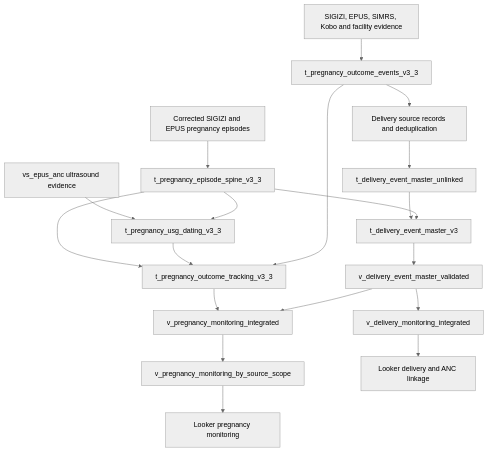
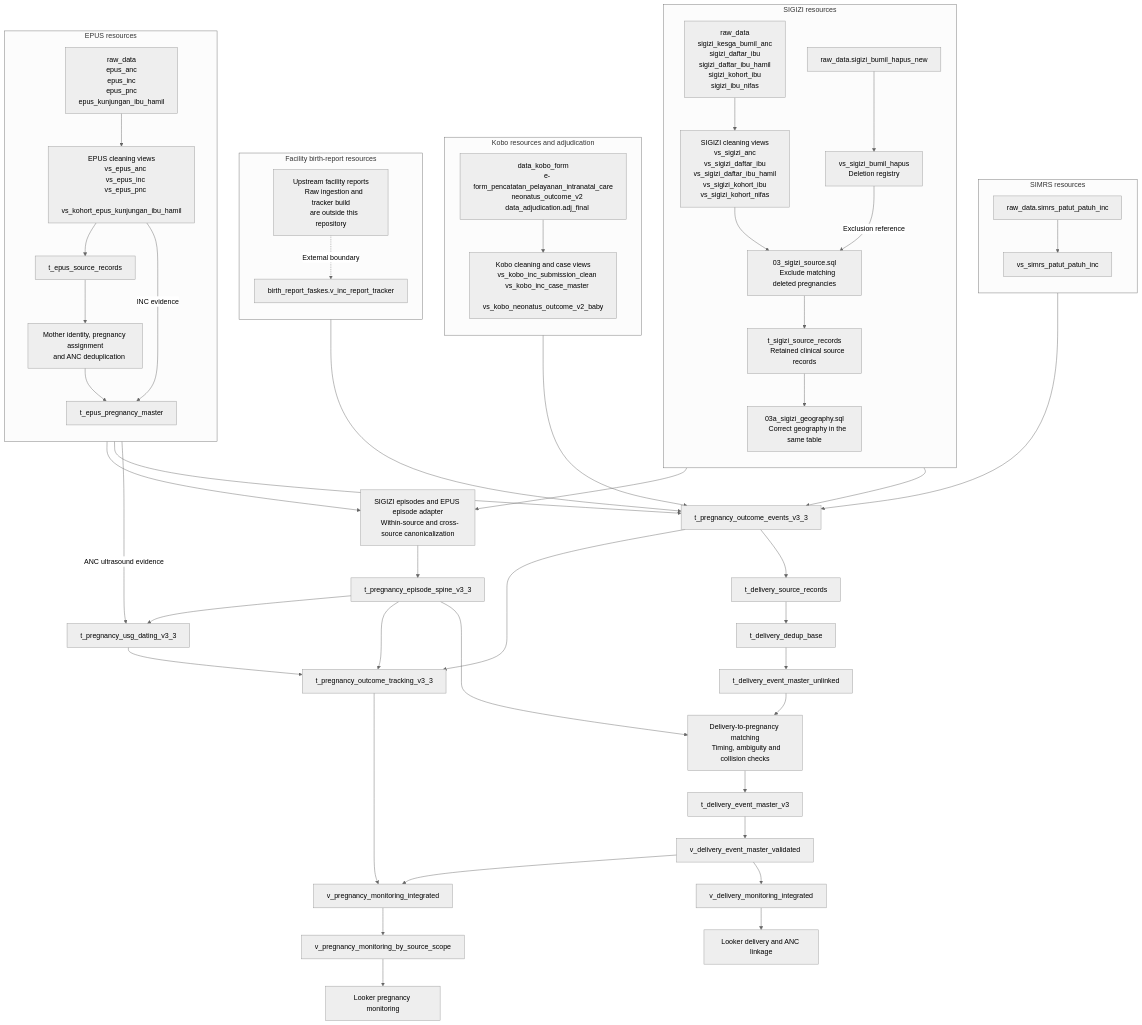
Before and after one commit to oucru-id/birth-outcome: the diagram in docs/workflow.md, drawn with Mermaid (neutral theme). The commit also changed other lines of this file and 33 other files, not shown here.

First line of the commit message:
Restore SIGIZI deletion exclusion and update workflow documentation

````diff
--- a/docs/workflow.md
+++ b/docs/workflow.md
@@ -39,21 +11,102 @@
 ```mermaid
 flowchart TD
-  A["Corrected SIGIZI and EPUS pregnancy episodes"] --> B["t_pregnancy_episode_spine_v3_3"]
-  U["vs_epus_anc ultrasound evidence"] --> C["t_pregnancy_usg_dating_v3_3"]
-  B --> C
-  S["SIGIZI, EPUS, SIMRS, Kobo and facility evidence"] --> D["t_pregnancy_outcome_events_v3_3"]
-  B --> E["t_pregnancy_outcome_tracking_v3_3"]
-  C --> E
-  D --> E
-  D --> F["Delivery source records and deduplication"]
-  F --> G["t_delivery_event_master_unlinked"]
-  G --> H["t_delivery_event_master_v3"]
-  B --> H
-  H --> I["v_delivery_event_master_validated"]
-  E --> J["v_pregnancy_monitoring_integrated"]
-  I --> J
-  I --> K["v_delivery_monitoring_integrated"]
-  J --> L["v_pregnancy_monitoring_by_source_scope"]
-  L --> M["Looker pregnancy monitoring"]
-  K --> N["Looker delivery and ANC linkage"]
+  subgraph SIGIZI["SIGIZI resources"]
+    direction TB
+    SR["raw_data
+    sigizi_kesga_bumil_anc
+    sigizi_daftar_ibu
+    sigizi_daftar_ibu_hamil
+    sigizi_kohort_ibu
+    sigizi_ibu_nifas"]
+    SV["SIGIZI cleaning views
+    vs_sigizi_anc
+    vs_sigizi_daftar_ibu
+    vs_sigizi_daftar_ibu_hamil
+    vs_sigizi_kohort_ibu
+    vs_sigizi_kohort_nifas"]
+    DR["raw_data.sigizi_bumil_hapus_new"]
+    DV["vs_sigizi_bumil_hapus
+    Deletion registry"]
+    GATE["03_sigizi_source.sql
+    Exclude matching deleted pregnancies"]
+    SS["t_sigizi_source_records
+    Retained clinical source records"]
+    GEO["03a_sigizi_geography.sql
+    Correct geography in the same table"]
+    SR --> SV --> GATE --> SS --> GEO
+    DR --> DV -->|Exclusion reference| GATE
+  end
+  subgraph EPUS["EPUS resources"]
+    direction TB
+    ER["raw_data
+    epus_anc
+    epus_inc
+    epus_pnc
+    epus_kunjungan_ibu_hamil"]
+    EV["EPUS cleaning views
+    vs_epus_anc
+    vs_epus_inc
+    vs_epus_pnc
+    vs_kohort_epus_kunjungan_ibu_hamil"]
+    ES["t_epus_source_records"]
+    EP["Mother identity, pregnancy assignment
+    and ANC deduplication"]
+    EM["t_epus_pregnancy_master"]
+    ER --> EV --> ES --> EP --> EM
+    EV -->|INC evidence| EM
+  end
+  subgraph SIMRS["SIMRS resources"]
+    direction TB
+    MR["raw_data.simrs_patut_patuh_inc"]
+    MV["vs_simrs_patut_patuh_inc"]
+    MR --> MV
+  end
+  subgraph KOBO["Kobo resources and adjudication"]
+    direction TB
+    KR["data_kobo_form
+    e-form_pencatatan_pelayanan_intranatal_care
+    neonatus_outcome_v2
+    data_adjudication.adj_final"]
+    KV["Kobo cleaning and case views
+    vs_kobo_inc_submission_clean
+    vs_kobo_inc_case_master
+    vs_kobo_neonatus_outcome_v2_baby"]
+    KR --> KV
+  end
+  subgraph FACILITY["Facility birth-report resources"]
+    direction TB
+    FR["Upstream facility reports
+    Raw ingestion and tracker build
+    are outside this repository"]
+    FV["birth_report_faskes.v_inc_report_tracker"]
+    FR -.->|External boundary| FV
+  end
+  GEO --> CAN["SIGIZI episodes and EPUS episode adapter
+  Within-source and cross-source canonicalization"]
+  EM --> CAN
+  CAN --> SP["t_pregnancy_episode_spine_v3_3"]
+  GEO --> OE["t_pregnancy_outcome_events_v3_3"]
+  EM --> OE
+  MV --> OE
+  KV --> OE
+  FV --> OE
+  EV -->|ANC ultrasound evidence| USG["t_pregnancy_usg_dating_v3_3"]
+  SP --> USG
+  SP --> TRACK["t_pregnancy_outcome_tracking_v3_3"]
+  USG --> TRACK
+  OE --> TRACK
+  OE --> DS["t_delivery_source_records"]
+  DS --> DB["t_delivery_dedup_base"]
+  DB --> DU["t_delivery_event_master_unlinked"]
+  DU --> LINK["Delivery-to-pregnancy matching
+  Timing, ambiguity and collision checks"]
+  SP --> LINK
+  LINK --> DM["t_delivery_event_master_v3"]
+  DM --> VALID["v_delivery_event_master_validated"]
+  TRACK --> PI["v_pregnancy_monitoring_integrated"]
+  VALID --> PI
+  VALID --> DI["v_delivery_monitoring_integrated"]
+  PI --> SCOPE["v_pregnancy_monitoring_by_source_scope"]
+  SCOPE --> PL["Looker pregnancy monitoring"]
+  DI --> DL["Looker delivery and ANC linkage"]
 ```
````
